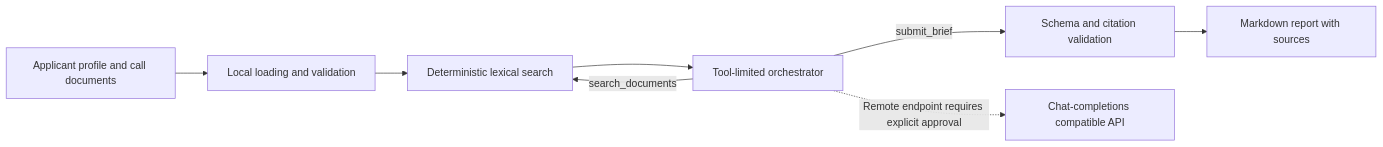
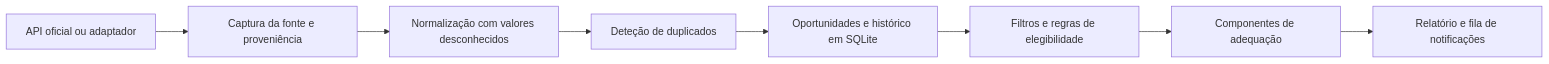
Before and after one commit to WhiteBlindness/callbrief: the diagram in README.md, drawn with Mermaid. The commit also changed other lines of this file and 37 other files, not shown here.

````diff
--- a/README.md
+++ b/README.md
@@ -15,10 +21,10 @@
 ```mermaid
 flowchart LR
-    A[Applicant profile and call documents] --> B[Local loading and validation]
-    B --> C[Deterministic lexical search]
-    C --> D[Tool-limited orchestrator]
-    D -->|search_documents| C
-    D -->|submit_brief| E[Schema and citation validation]
-    E --> F[Markdown report with sources]
-    D -. Remote endpoint requires explicit approval .-> G[Chat-completions compatible API]
+    A[API oficial ou adaptador] --> B[Captura da fonte e proveniência]
+    B --> C[Normalização com valores desconhecidos]
+    C --> D[Deteção de duplicados]
+    D --> E[Oportunidades e histórico em SQLite]
+    E --> F[Filtros e regras de elegibilidade]
+    F --> G[Componentes de adequação]
+    G --> H[Relatório e fila de notificações]
 ```
````
